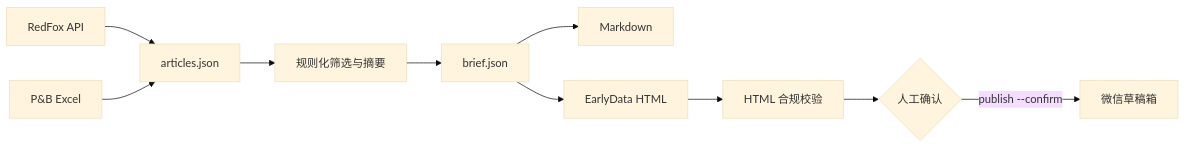
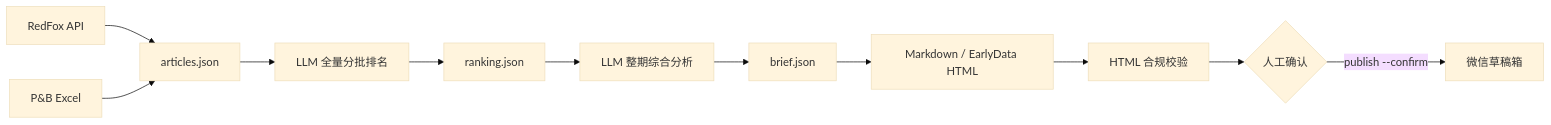
One commit to GuJiaWen777/SentimentTracker changed the diagram in docs/ARCHITECTURE.md. Above: the diagram before and after it, drawn with Mermaid (base theme). The commit also changed other lines of this file and 13 other files, not shown here.

````diff
--- a/docs/ARCHITECTURE.md
+++ b/docs/ARCHITECTURE.md
@@ -11,12 +11,13 @@
 ```mermaid
 flowchart LR
   A[RedFox API] --> C[articles.json]
   B[P&B Excel] --> C
-  C --> D[规则化筛选与摘要]
-  D --> E[brief.json]
-  E --> F[Markdown]
-  E --> G[EarlyData HTML]
-  G --> H[HTML 合规校验]
-  H --> I{人工确认}
-  I -->|publish --confirm| J[微信草稿箱]
+  C --> D[LLM 全量分批排名]
+  D --> E[ranking.json]
+  E --> F[LLM 整期综合分析]
+  F --> G[brief.json]
+  G --> H[Markdown / EarlyData HTML]
+  H --> I[HTML 合规校验]
+  I --> J{人工确认}
+  J -->|publish --confirm| K[微信草稿箱]
 ```
````
